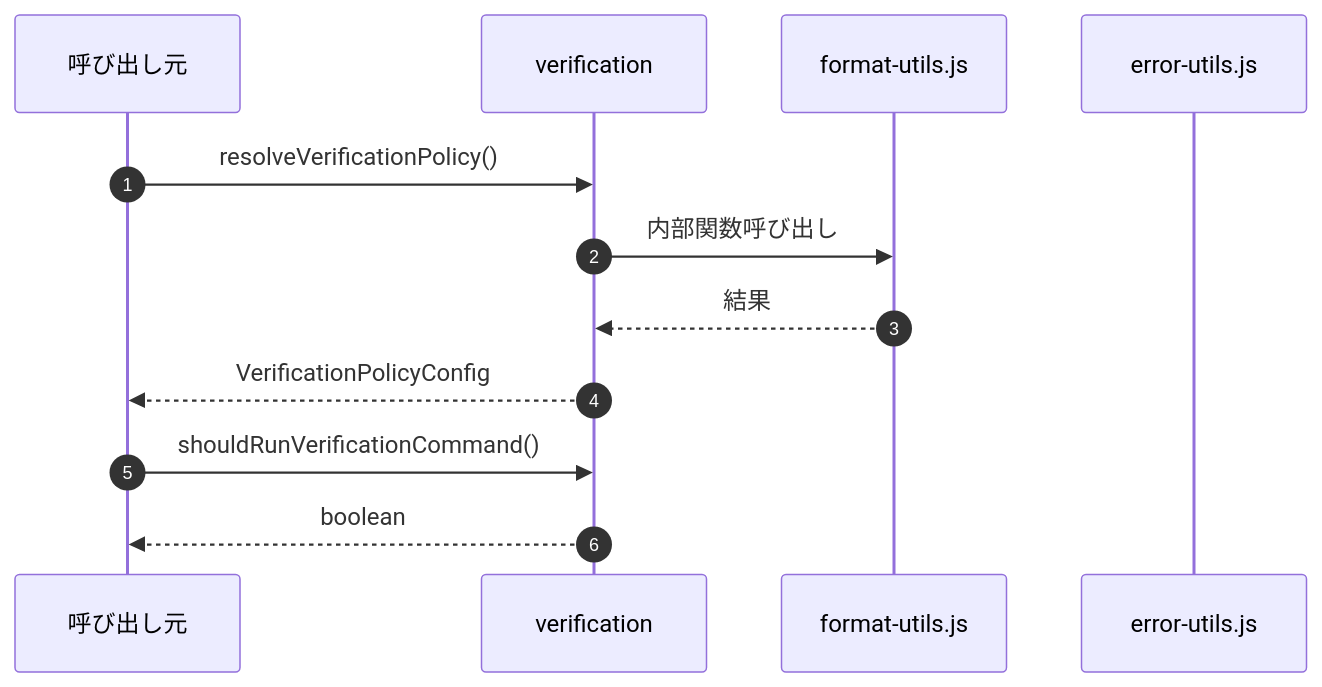
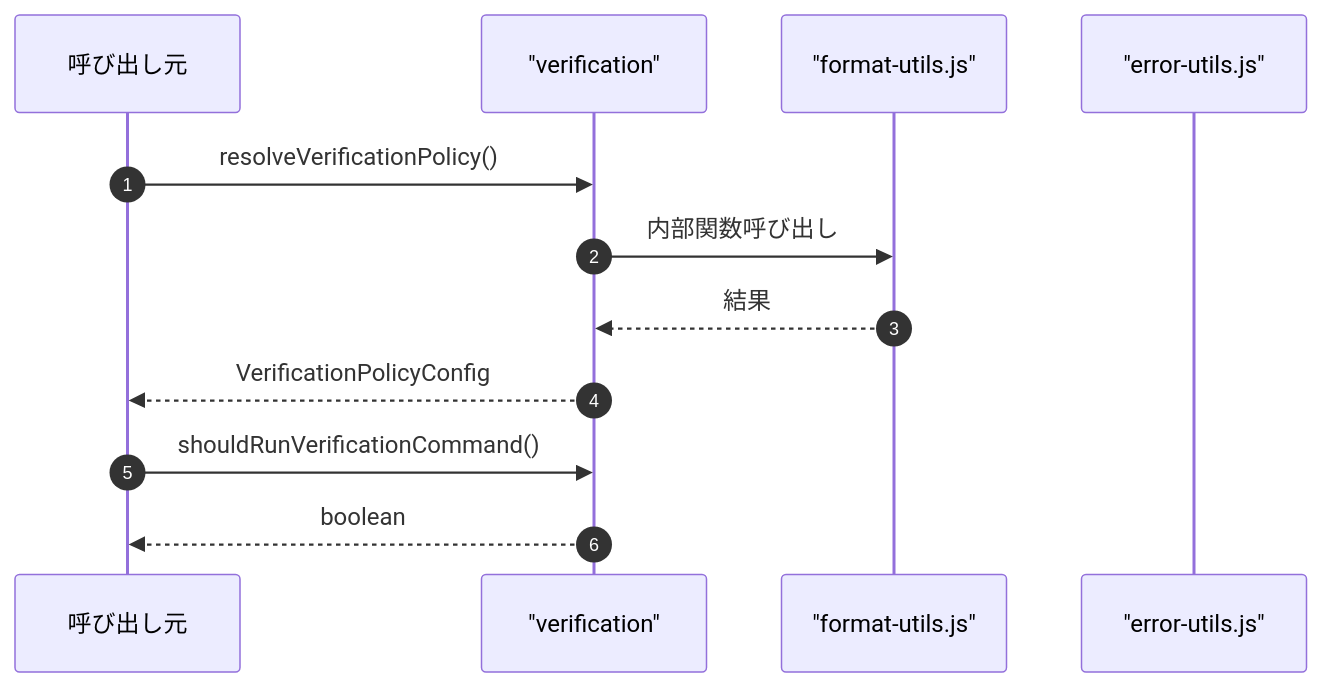
Before and after one commit to Mekann2904/mekann: the fourth of 4 diagrams in ABDD/.pi/extensions/loop/verification.md, drawn with Mermaid. The commit also changed other lines of this file and 152 other files, not shown here.

First line of the commit message:
fix: Mermaid図のラベル内の特殊文字をエスケープする

````diff
--- a/ABDD/.pi/extensions/loop/verification.md
+++ b/ABDD/.pi/extensions/loop/verification.md
@@ -100,16 +100,16 @@
 ```mermaid
 sequenceDiagram
   autonumber
   participant Caller as 呼び出し元
-  participant verification as verification
-  participant format_utils_js as format-utils.js
-  participant error_utils_js as error-utils.js
+  participant verification as "verification"
+  participant format_utils_js as "format-utils.js"
+  participant error_utils_js as "error-utils.js"
 
   Caller->>verification: resolveVerificationPolicy()
   verification->>format_utils_js: 内部関数呼び出し
   format_utils_js-->>verification: 結果
   verification-->>Caller: VerificationPolicyConfig
 
   Caller->>verification: shouldRunVerificationCommand()
   verification-->>Caller: boolean
 ```
````
